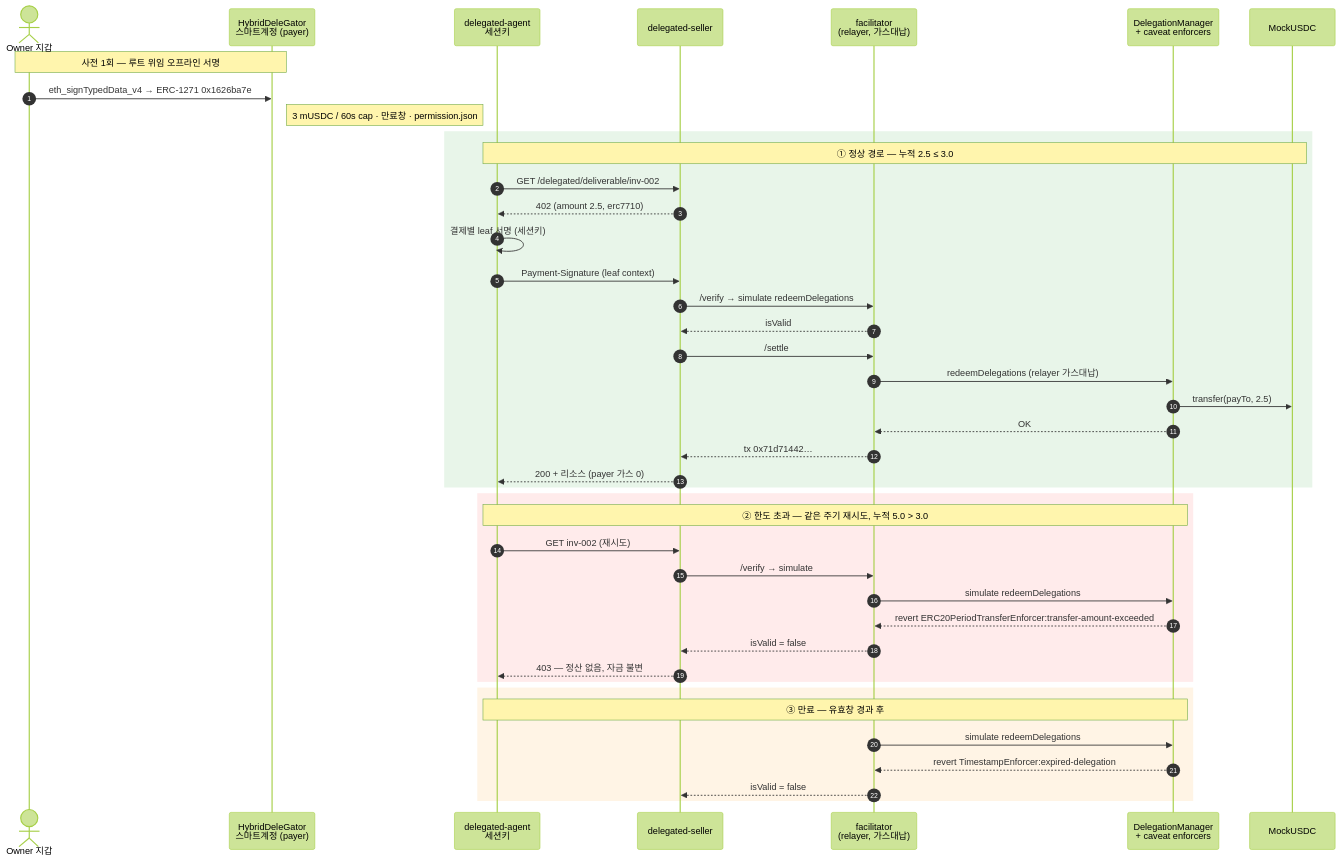
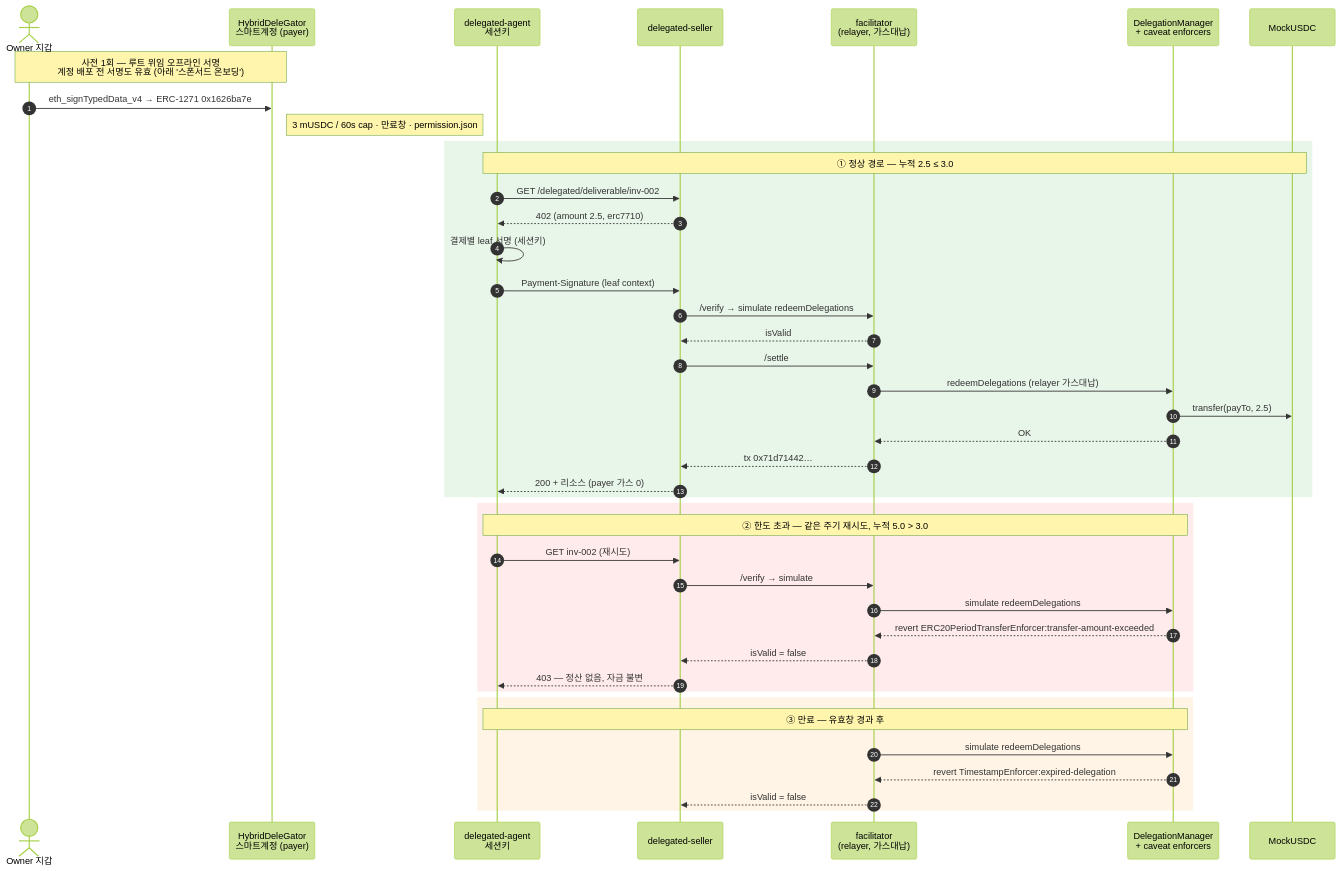
One commit to kooroot/Mapae changed the diagram in docs/tech-notes.md. Above: the diagram before and after it, drawn with Mermaid (forest theme). The commit also changed other lines of this file and 14 other files, not shown here.

First line of the commit message:
docs: 스폰서드 온보딩 라이브를 공개 문서 전면에 반영한다

````diff
--- a/docs/tech-notes.md
+++ b/docs/tech-notes.md
@@ -81,48 +83,48 @@
 ```mermaid
 sequenceDiagram
     autonumber
     actor Owner as Owner 지갑
     participant SA as HybridDeleGator<br/>스마트계정 (payer)
     participant Agent as delegated-agent<br/>세션키
     participant Seller as delegated-seller
     participant Fac as facilitator<br/>(relayer, 가스대납)
     participant DM as DelegationManager<br/>+ caveat enforcers
     participant USDC as MockUSDC
 
-    Note over Owner,SA: 사전 1회 — 루트 위임 오프라인 서명
+    Note over Owner,SA: 사전 1회 — 루트 위임 오프라인 서명<br/>계정 배포 전 서명도 유효 (아래 '스폰서드 온보딩')
     Owner->>SA: eth_signTypedData_v4 → ERC-1271 0x1626ba7e
     Note right of SA: 3 mUSDC / 60s cap · 만료창 · permission.json
 
     rect rgb(232,245,233)
     Note over Agent,USDC: ① 정상 경로 — 누적 2.5 ≤ 3.0
     Agent->>Seller: GET /delegated/deliverable/inv-002
     Seller-->>Agent: 402 (amount 2.5, erc7710)
     Agent->>Agent: 결제별 leaf 서명 (세션키)
     Agent->>Seller: Payment-Signature (leaf context)
     Seller->>Fac: /verify → simulate redeemDelegations
     Fac-->>Seller: isValid
     Seller->>Fac: /settle
     Fac->>DM: redeemDelegations (relayer 가스대납)
     DM->>USDC: transfer(payTo, 2.5)
     DM-->>Fac: OK
     Fac-->>Seller: tx 0x71d71442…
     Seller-->>Agent: 200 + 리소스 (payer 가스 0)
     end
 
     rect rgb(255,235,235)
     Note over Agent,DM: ② 한도 초과 — 같은 주기 재시도, 누적 5.0 > 3.0
     Agent->>Seller: GET inv-002 (재시도)
     Seller->>Fac: /verify → simulate
     Fac->>DM: simulate redeemDelegations
     DM-->>Fac: revert ERC20PeriodTransferEnforcer:transfer-amount-exceeded
     Fac-->>Seller: isValid = false
     Seller-->>Agent: 403 — 정산 없음, 자금 불변
     end
 
     rect rgb(255,244,229)
     Note over Agent,DM: ③ 만료 — 유효창 경과 후
     Fac->>DM: simulate redeemDelegations
     DM-->>Fac: revert TimestampEnforcer:expired-delegation
     Fac-->>Seller: isValid = false
     end
 ```
````
